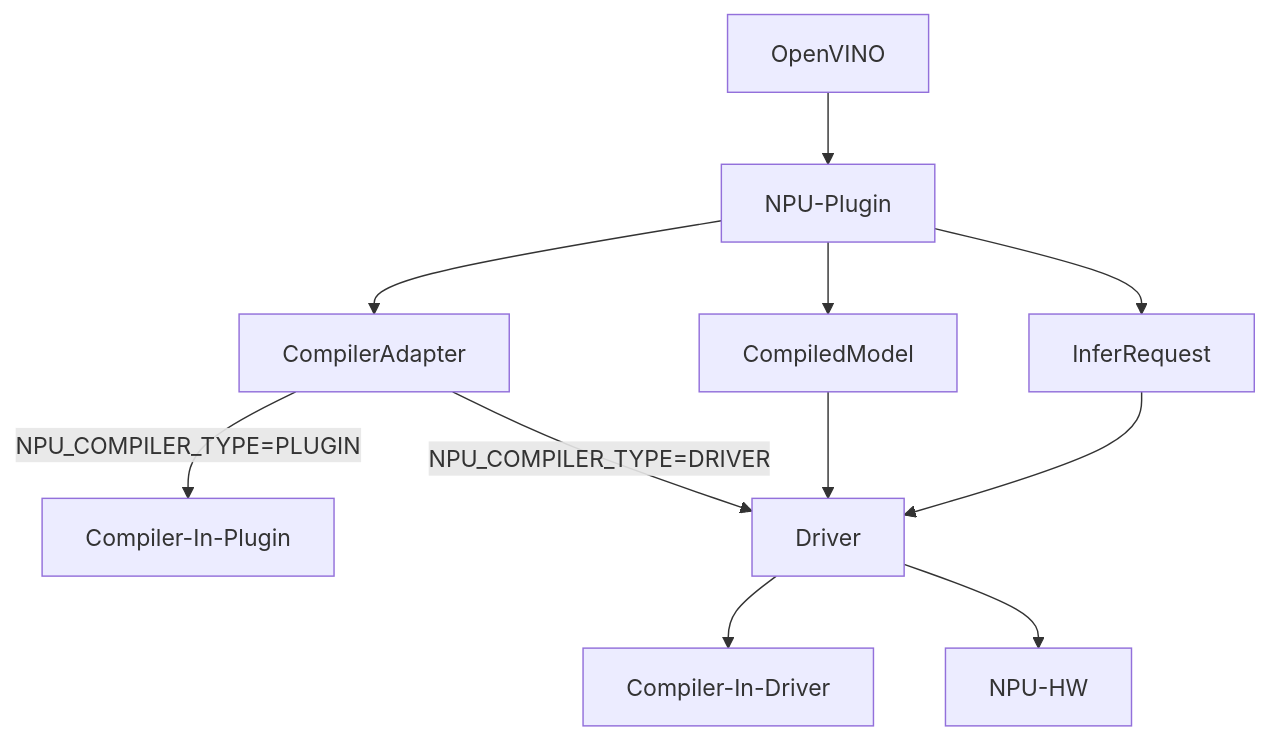
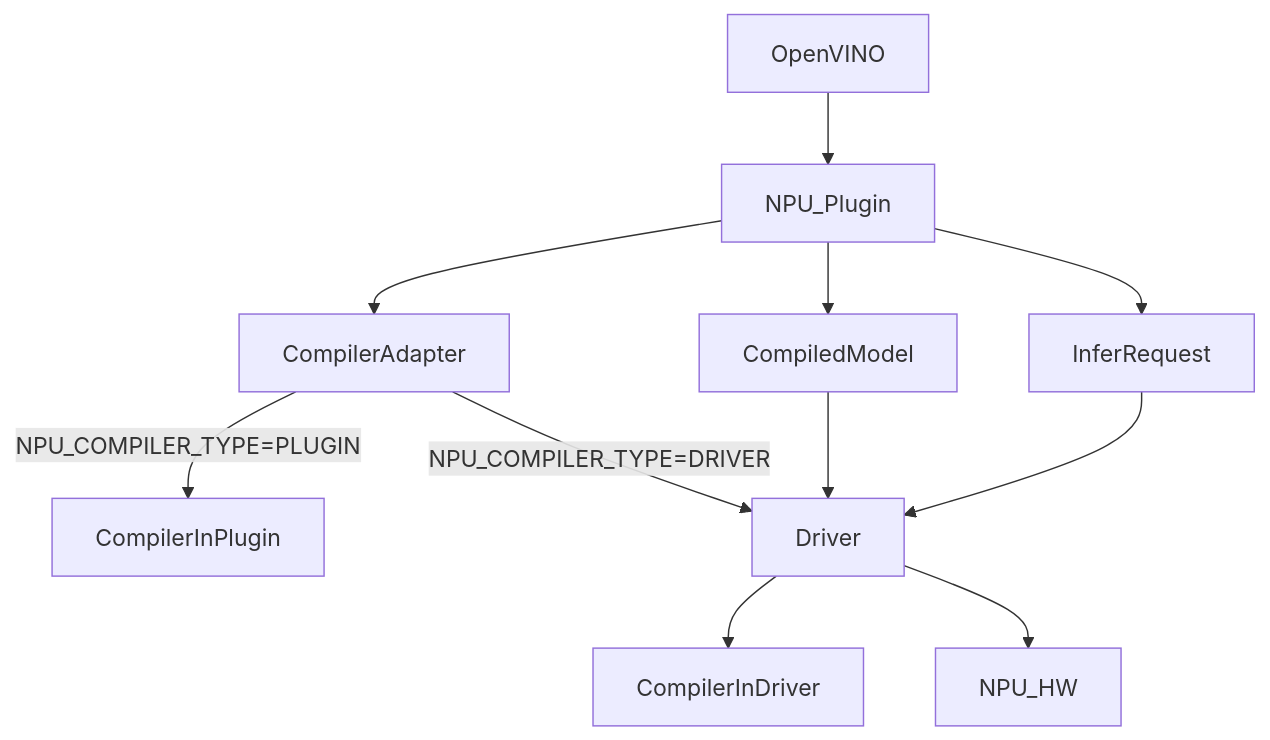
One commit to openvinotoolkit/openvino changed the diagram in src/plugins/intel_npu/README.md. Above: the diagram before and after it, drawn with Mermaid. The commit also changed other lines of this file and 1 other file, not shown here.

Commit message:
Adjust docs to reflect that CIP is now used by default.

````diff
--- a/src/plugins/intel_npu/README.md
+++ b/src/plugins/intel_npu/README.md
@@ -27,18 +27,18 @@
 ```mermaid
 graph TD
-    OpenVINO --> NPU-Plugin
+    OpenVINO --> NPU_Plugin
 
-    NPU-Plugin --> CompilerAdapter
-    NPU-Plugin --> InferRequest
-    NPU-Plugin --> CompiledModel
+    NPU_Plugin --> CompilerAdapter
+    NPU_Plugin --> InferRequest
+    NPU_Plugin --> CompiledModel
 
-    CompilerAdapter --> |NPU_COMPILER_TYPE=PLUGIN|Compiler-In-Plugin
+    CompilerAdapter --> |NPU_COMPILER_TYPE=PLUGIN|CompilerInPlugin
     CompilerAdapter --> |NPU_COMPILER_TYPE=DRIVER|Driver
 
     CompiledModel --> Driver
     InferRequest --> Driver
 
-    Driver --> Compiler-In-Driver
-    Driver --> NPU-HW
+    Driver --> CompilerInDriver
+    Driver --> NPU_HW
 
 ```
````
